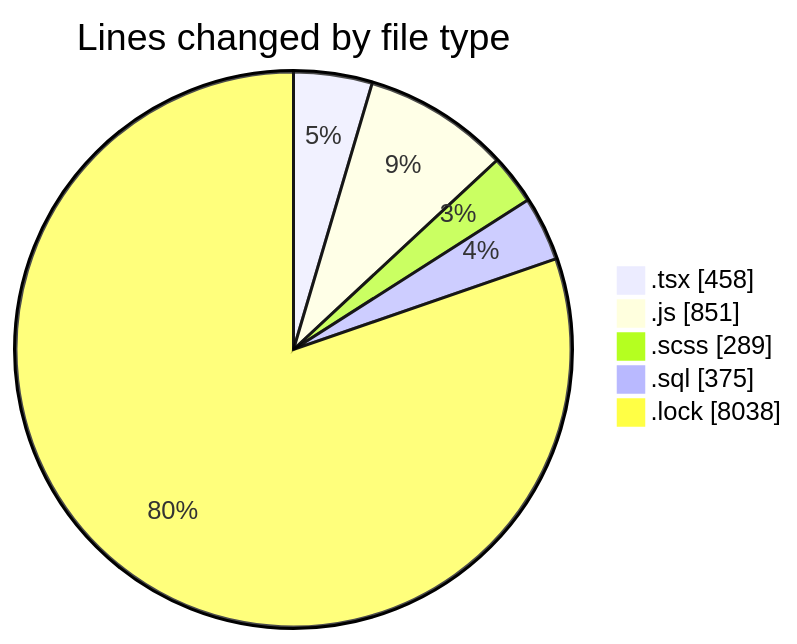
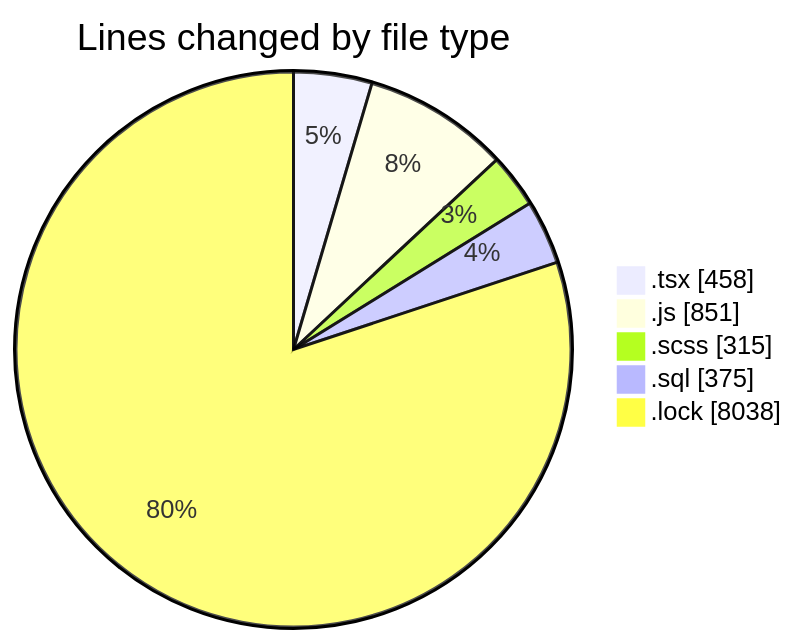
One commit to momahboobian/code-tracking changed the first of 2 diagrams in 2025-03-18/cda/README.md. Above: the diagram before and after it, drawn with Mermaid. The commit also changed other lines of this file and 1 other file, not shown here.

````diff
--- a/2025-03-18/cda/README.md
+++ b/2025-03-18/cda/README.md
@@ -30,9 +30,9 @@
 ```mermaid
 pie showData
 title Lines changed by file type
 ".tsx" : 458
 ".js" : 851
-".scss" : 289
+".scss" : 315
 ".sql" : 375
 ".lock" : 8038
 ```
````
